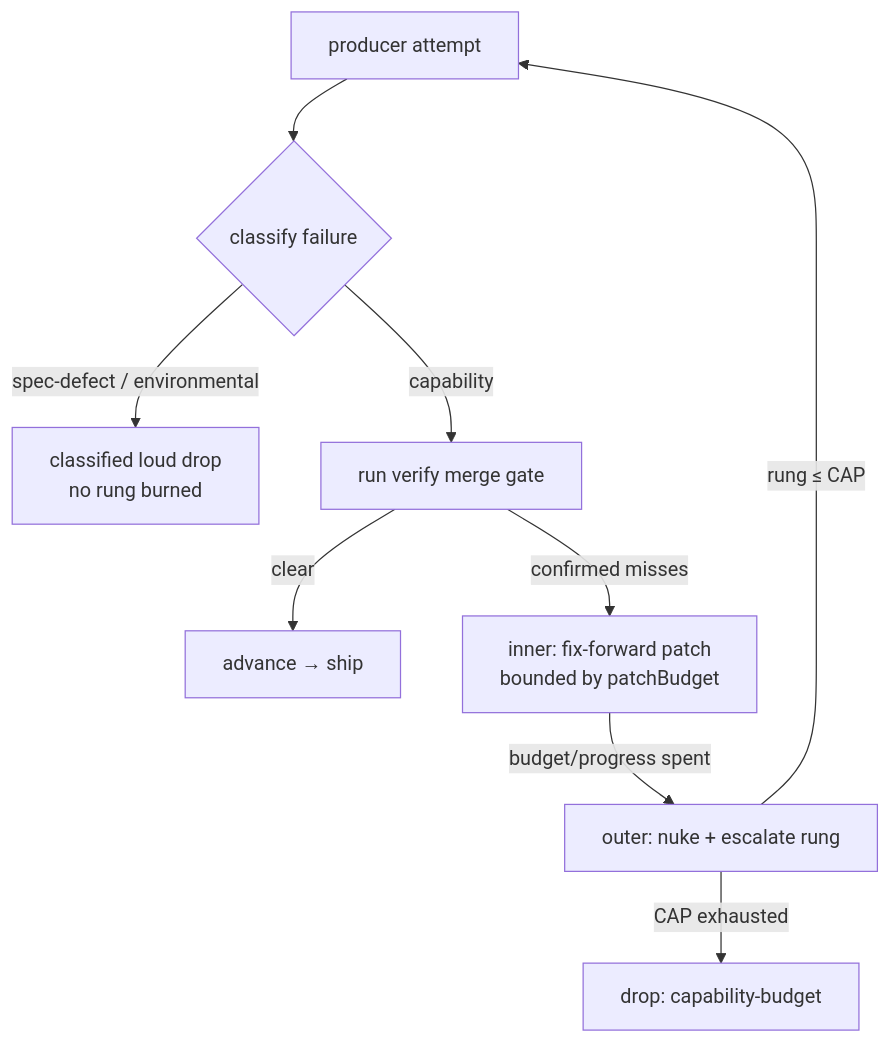
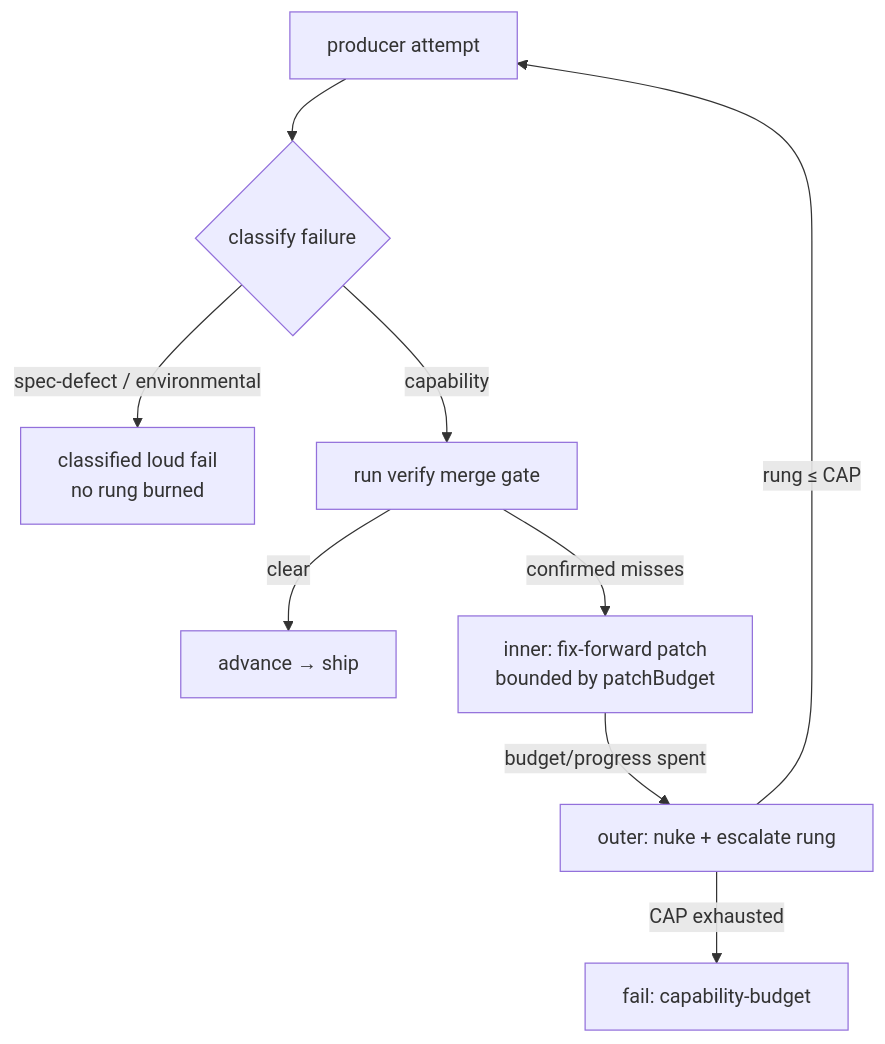
The diagram in docs/explanation/producer-ladder.md (jfa94/factory), drawn with Mermaid before and after one commit. The commit also changed other lines of this file and 23 other files, not shown here.

````diff
--- a/docs/explanation/producer-ladder.md
+++ b/docs/explanation/producer-ladder.md
@@ -16,11 +16,11 @@
 ```mermaid
 graph TD
   Start[producer attempt] --> Classify{classify failure}
-  Classify -->|spec-defect / environmental| Drop[classified loud drop<br/>no rung burned]
+  Classify -->|spec-defect / environmental| Drop[classified loud fail<br/>no rung burned]
   Classify -->|capability| Verify[run verify merge gate]
   Verify -->|clear| Adv[advance → ship]
   Verify -->|confirmed misses| Fix[inner: fix-forward patch<br/>bounded by patchBudget]
   Fix -->|budget/progress spent| Esc[outer: nuke + escalate rung]
   Esc -->|rung ≤ CAP| Start
-  Esc -->|CAP exhausted| DropCap[drop: capability-budget]
+  Esc -->|CAP exhausted| DropCap[fail: capability-budget]
 ```
````
